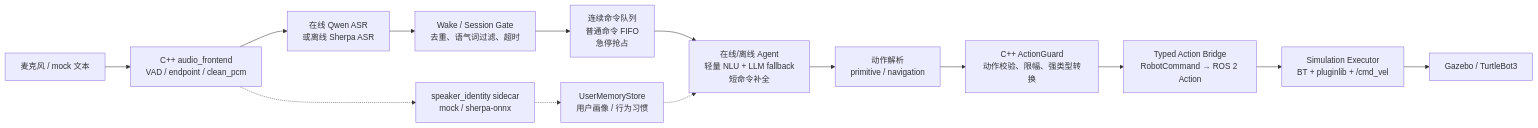
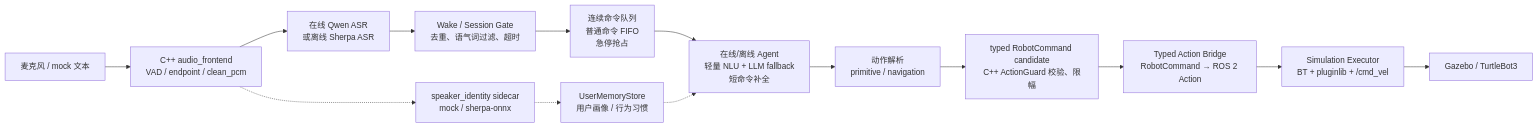
One commit to Edddddddddy/embodied_agent_ws changed the diagram in README.md. Above: the diagram before and after it, drawn with Mermaid. The commit also changed other lines of this file and 59 other files, not shown here.

Commit message:
feat: complete typed ROS action transport

````diff
--- a/README.md
+++ b/README.md
@@ -32,16 +32,16 @@
 ```mermaid
 flowchart LR
   Mic["麦克风 / mock 文本"] --> Audio["C++ audio_frontend\nVAD / endpoint / clean_pcm"]
   Audio --> ASR["在线 Qwen ASR\n或离线 Sherpa ASR"]
   Audio -.-> Speaker["speaker_identity sidecar\nmock / sherpa-onnx"]
   Speaker -.-> Memory["UserMemoryStore\n用户画像 / 行为习惯"]
   ASR --> Gate["Wake / Session Gate\n去重、语气词过滤、超时"]
   Gate --> Queue["连续命令队列\n普通命令 FIFO\n急停抢占"]
   Queue --> Agent["在线/离线 Agent\n轻量 NLU + LLM fallback\n短命令补全"]
   Memory -.-> Agent
   Agent --> Parser["动作解析\nprimitive / navigation"]
-  Parser --> Guard["C++ ActionGuard\n动作校验、限幅、强类型转换"]
+  Parser --> Guard["typed RobotCommand candidate\nC++ ActionGuard 校验、限幅"]
   Guard --> Bridge["Typed Action Bridge\nRobotCommand → ROS 2 Action"]
   Bridge --> Sim["Simulation Executor\nBT + pluginlib + /cmd_vel"]
   Sim --> Gazebo["Gazebo / TurtleBot3"]
 ```
````
